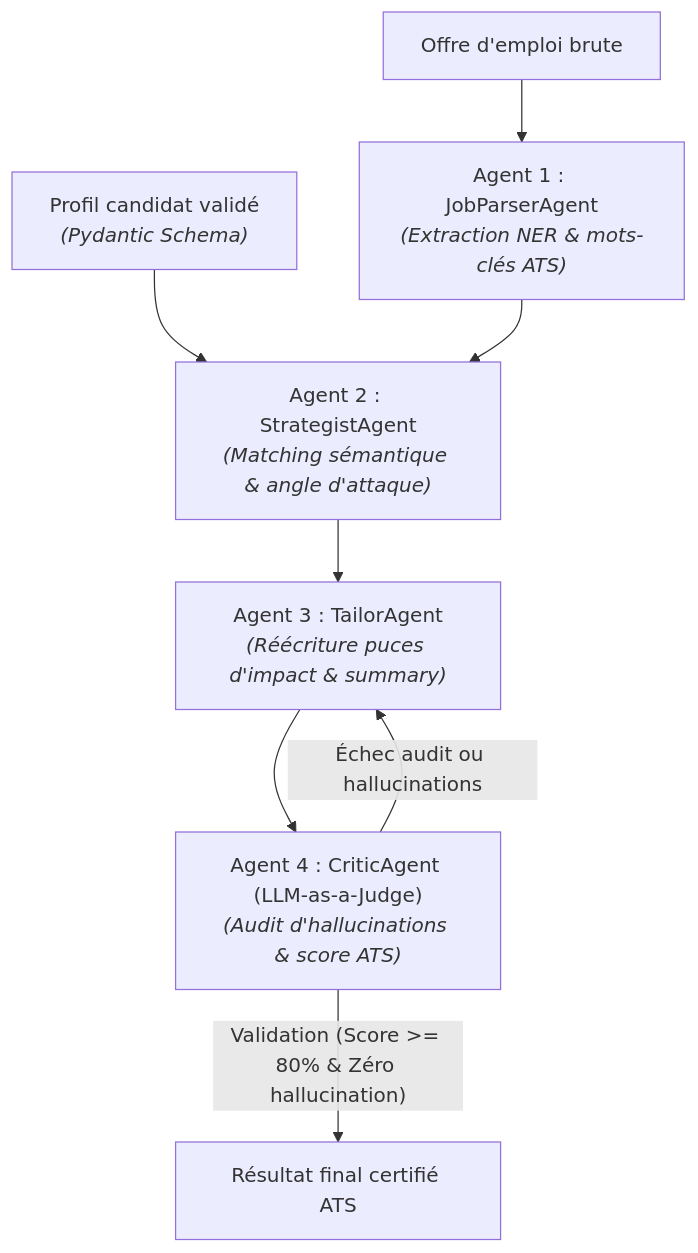
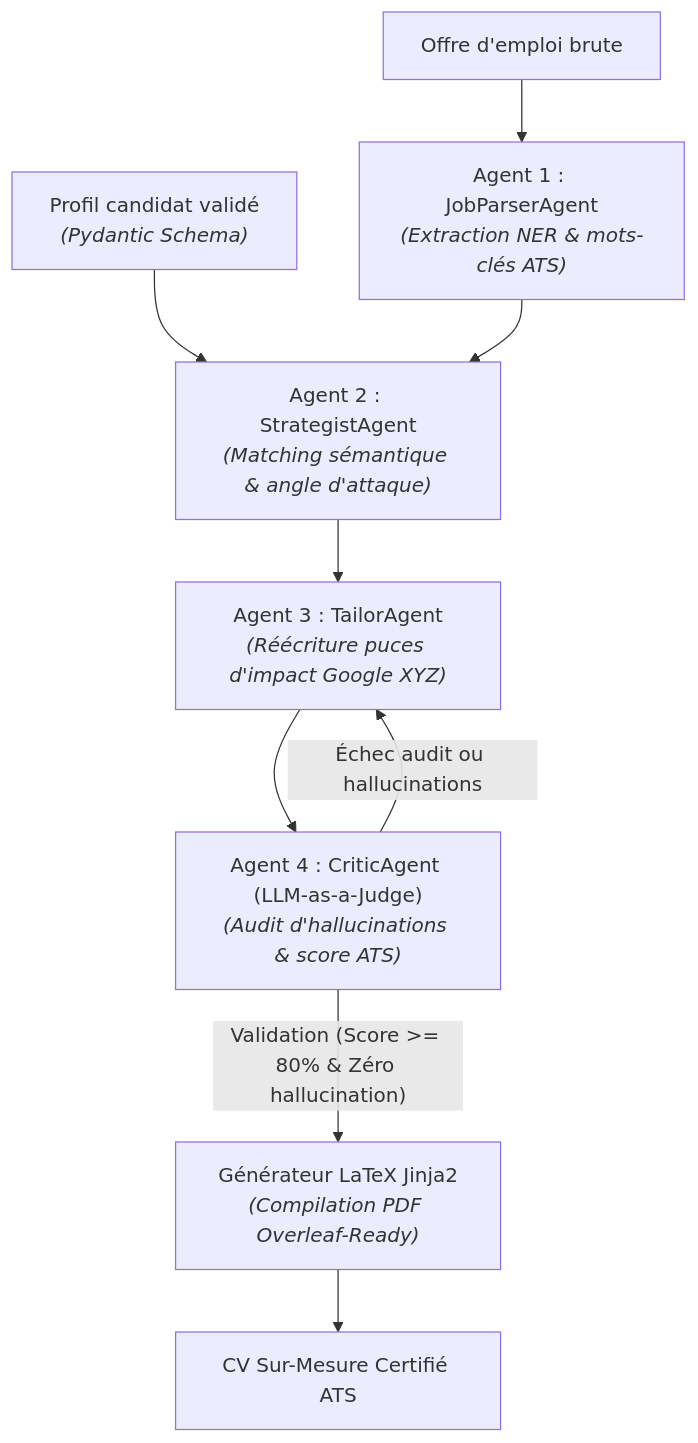
The diagram in README.md (Badrouuu/ResumeSquad), drawn with Mermaid before and after one commit. The commit also changed other lines of this file and 11 other files, not shown here.

````diff
--- a/README.md
+++ b/README.md
@@ -11,10 +34,11 @@
 ```mermaid
 flowchart TD
     Job["Offre d'emploi brute"] --> A1["Agent 1 : JobParserAgent<br/><i>(Extraction NER & mots-clés ATS)</i>"]
     Profile["Profil candidat validé<br/><i>(Pydantic Schema)</i>"] --> A2
     A1 --> A2["Agent 2 : StrategistAgent<br/><i>(Matching sémantique & angle d'attaque)</i>"]
-    A2 --> A3["Agent 3 : TailorAgent<br/><i>(Réécriture puces d'impact & summary)</i>"]
+    A2 --> A3["Agent 3 : TailorAgent<br/><i>(Réécriture puces d'impact Google XYZ)</i>"]
     A3 --> A4["Agent 4 : CriticAgent (LLM-as-a-Judge)<br/><i>(Audit d'hallucinations & score ATS)</i>"]
     A4 -- "Échec audit ou hallucinations" --> A3
-    A4 -- "Validation (Score >= 80% & Zéro hallucination)" --> Result["Résultat final certifié ATS"]
+    A4 -- "Validation (Score >= 80% & Zéro hallucination)" --> LaTeXEngine["Générateur LaTeX Jinja2<br/><i>(Compilation PDF Overleaf-Ready)</i>"]
+    LaTeXEngine --> Result["CV Sur-Mesure Certifié ATS"]
 ```
````
